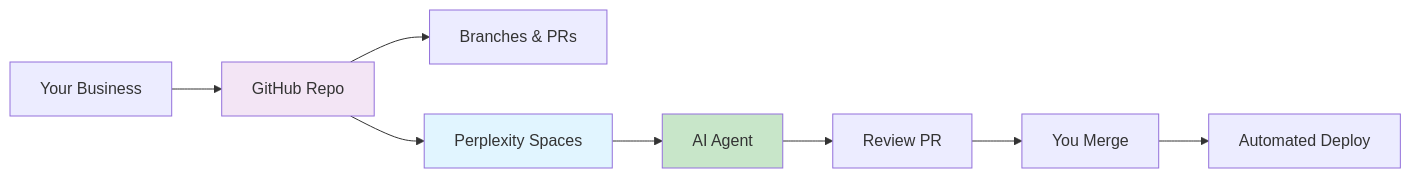
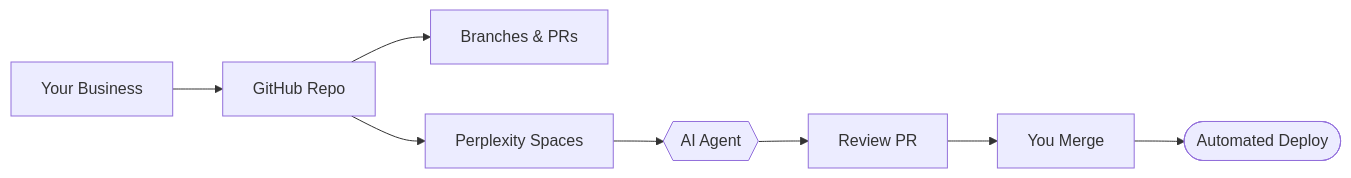
The diagram in docs/guides/04-git-repository.md (borealBytes/startup-blueprint), drawn with Mermaid before and after one commit.

Commit message:
refactor(docs): apply Mermaid style guide to git repository guide
- Remove custom fill colors from Architecture diagram
- Add accessibility attributes (accTitle/accDescr)
- Use semantic node IDs
- Ensure diagram renders in GitHub dark mode

````diff
--- a/docs/guides/04-git-repository.md
+++ b/docs/guides/04-git-repository.md
@@ -40,14 +40,13 @@
 ```mermaid
-graph LR
-    A["Your Business"] --> B["GitHub Repo"]
-    B --> C["Branches & PRs"]
-    B --> D["Perplexity Spaces"]
-    D --> E["AI Agent"]
-    E --> F["Review PR"]
-    F --> G["You Merge"]
-    G --> H["Automated Deploy"]
+flowchart LR
+    accTitle: AI-Assisted Git Workflow Architecture
+    accDescr: How your business repo integrates with GitHub, Perplexity Spaces, and AI agents for automated PR workflows
 
-    style B fill:#f3e5f5
-    style D fill:#e1f5ff
-    style E fill:#c8e6c9
+    your_business[Your Business] --> github_repo[GitHub Repo]
+    github_repo --> branches_prs[Branches & PRs]
+    github_repo --> perplexity_spaces[Perplexity Spaces]
+    perplexity_spaces --> ai_agent{{AI Agent}}
+    ai_agent --> review_pr[Review PR]
+    review_pr --> you_merge[You Merge]
+    you_merge --> auto_deploy([Automated Deploy])
 ```
````
